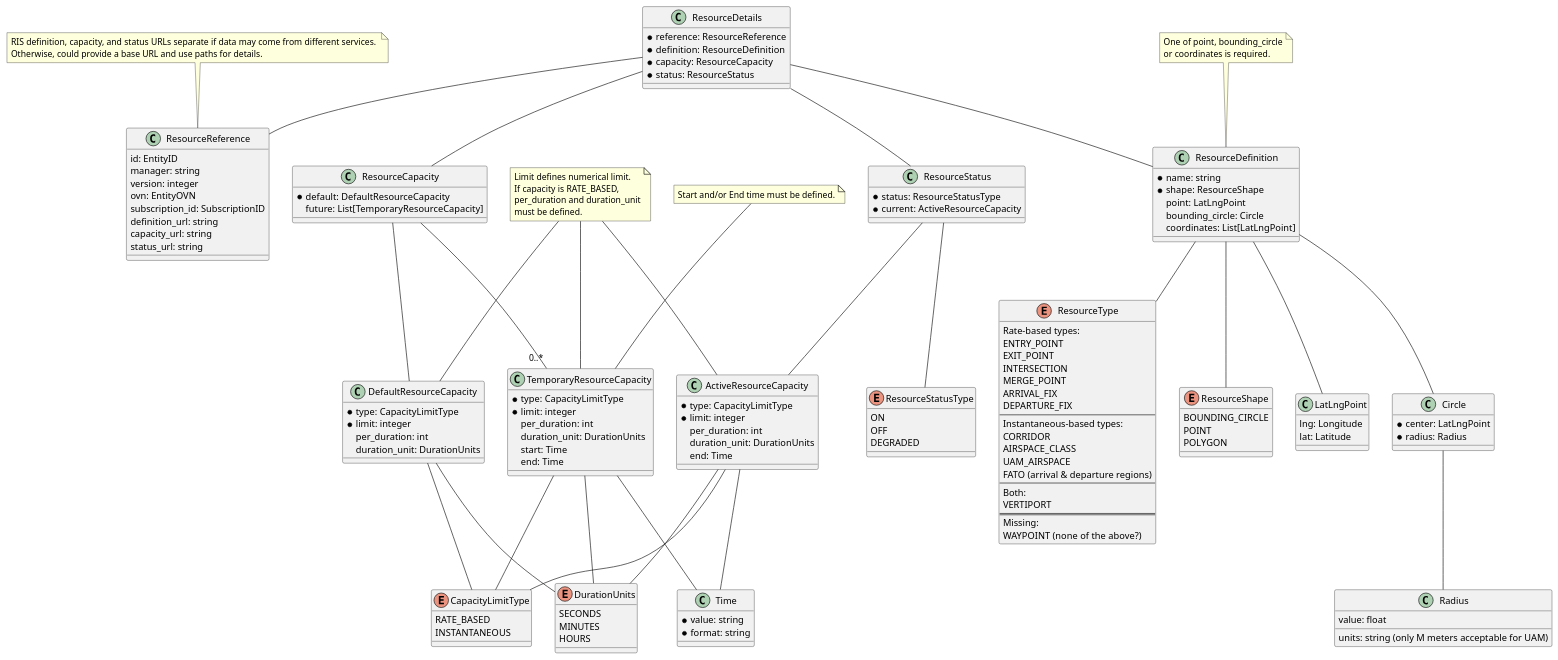
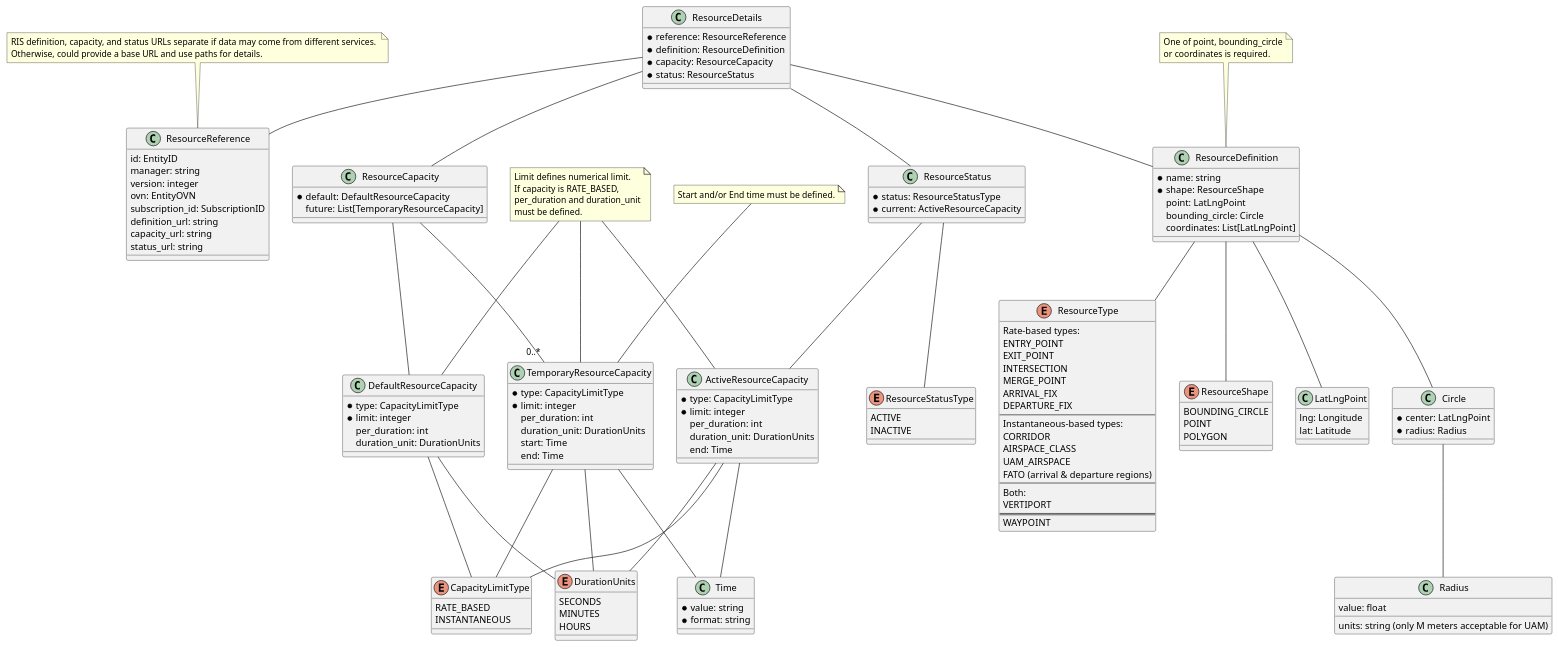
The diagram in RIS/ResourceDetails.puml (JaqpottCTO/ASTM_UTMAPI), drawn with PlantUML before and after one commit.

Commit message:
Rename ResourceStatusType enum values

```diff
--- a/RIS/ResourceDetails.puml
+++ b/RIS/ResourceDetails.puml
@@ -46,8 +46,7 @@
     Both:
     VERTIPORT
     ==
-    Missing:
-    WAYPOINT (none of the above?)
+    WAYPOINT
 }
 
 class Time {
@@ -85,9 +84,8 @@
 }
 
 enum ResourceStatusType {
-    ON
-    OFF
-    DEGRADED
+    ACTIVE
+    INACTIVE
 }
 class ResourceStatus {
     * status: ResourceStatusType
```
